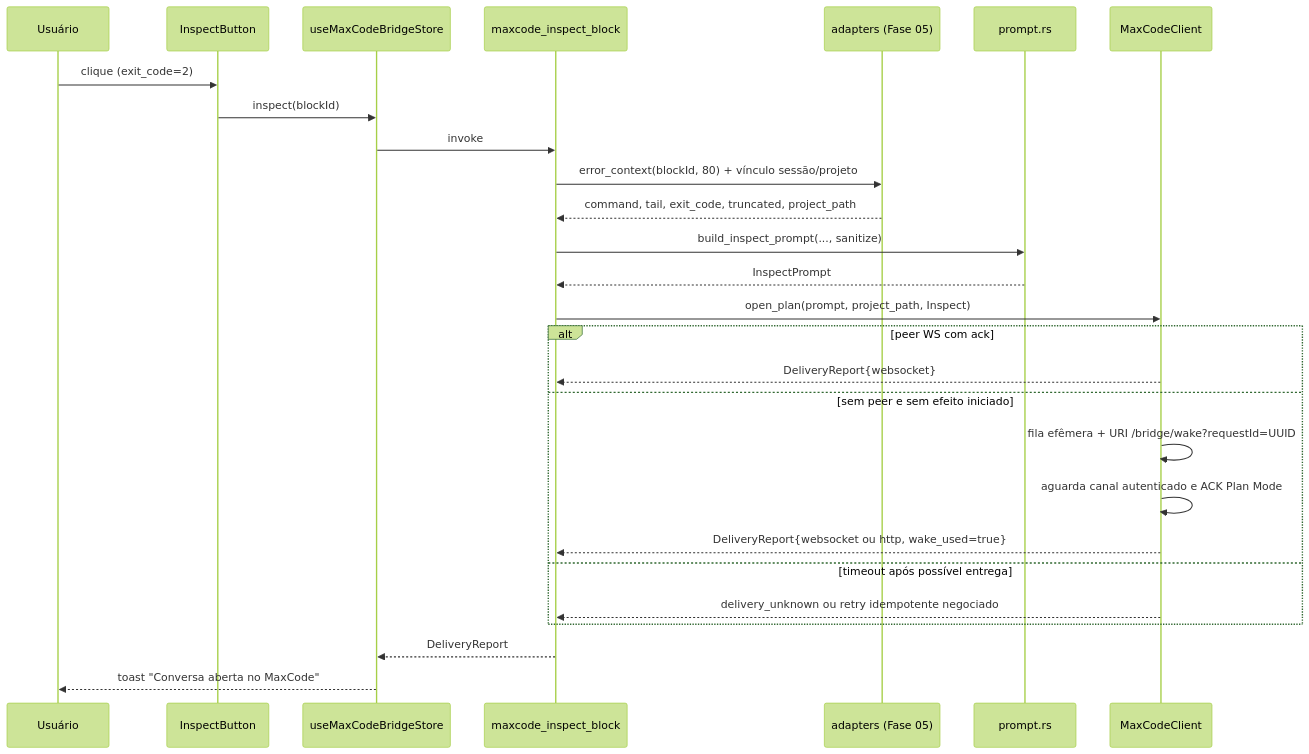
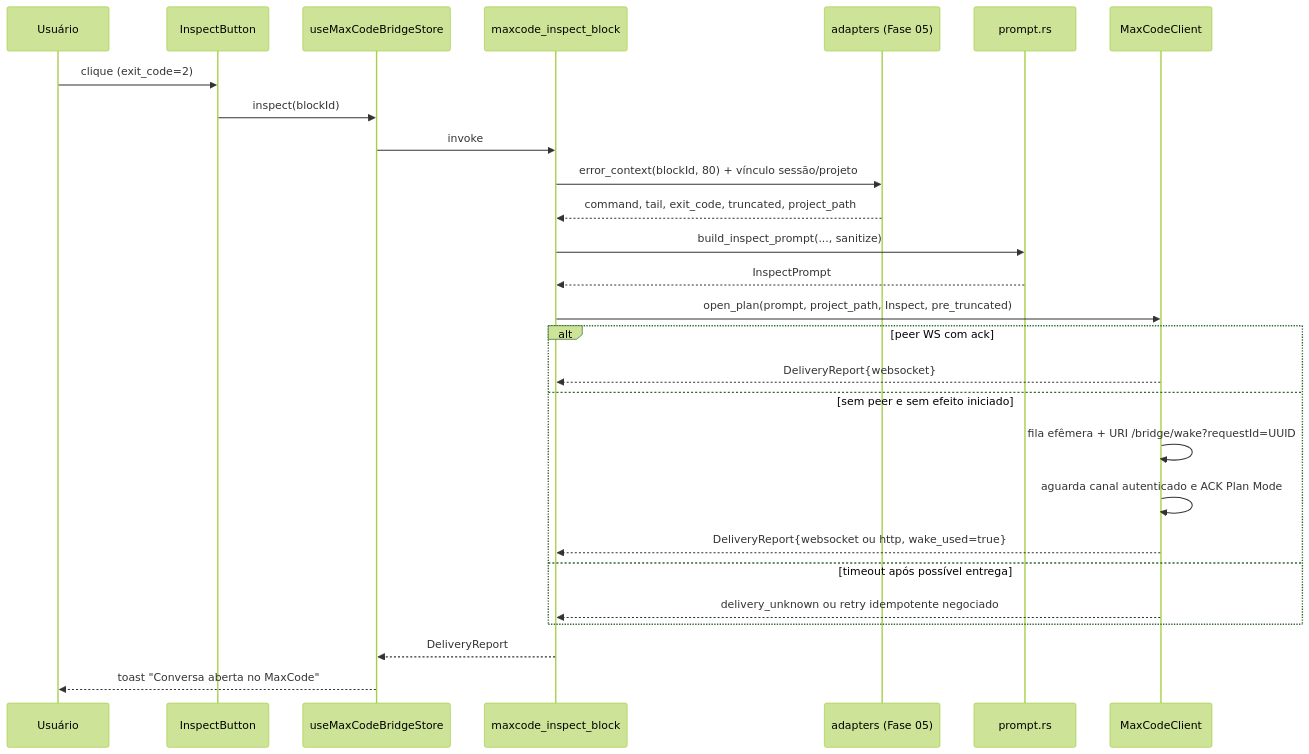
One commit to maxvue/MaxTerminal changed the fourth of 4 diagrams in implementation/11 - Integração Bidirecional com MaxCode/spec.md. Above: the diagram before and after it, drawn with Mermaid (forest theme). The commit also changed other lines of this file and 173 other files, not shown here.

````diff
--- a/implementation/11 - Integração Bidirecional com MaxCode/spec.md
+++ b/implementation/11 - Integração Bidirecional com MaxCode/spec.md
@@ -1127,29 +1119,29 @@
 ```mermaid
 sequenceDiagram
     participant U as Usuário
     participant B as InspectButton
     participant St as useMaxCodeBridgeStore
     participant C as maxcode_inspect_block
     participant A as adapters (Fase 05)
     participant P as prompt.rs
     participant Cl as MaxCodeClient
     U->>B: clique (exit_code=2)
     B->>St: inspect(blockId)
     St->>C: invoke
     C->>A: error_context(blockId, 80) + vínculo sessão/projeto
     A-->>C: command, tail, exit_code, truncated, project_path
     C->>P: build_inspect_prompt(..., sanitize)
     P-->>C: InspectPrompt
-    C->>Cl: open_plan(prompt, project_path, Inspect)
+    C->>Cl: open_plan(prompt, project_path, Inspect, pre_truncated)
     alt peer WS com ack
         Cl-->>C: DeliveryReport{websocket}
     else sem peer e sem efeito iniciado
         Cl->>Cl: fila efêmera + URI /bridge/wake?requestId=UUID
         Cl->>Cl: aguarda canal autenticado e ACK Plan Mode
         Cl-->>C: DeliveryReport{websocket ou http, wake_used=true}
     else timeout após possível entrega
         Cl-->>C: delivery_unknown ou retry idempotente negociado
     end
     C-->>St: DeliveryReport
     St-->>U: toast "Conversa aberta no MaxCode"
 ```
````
